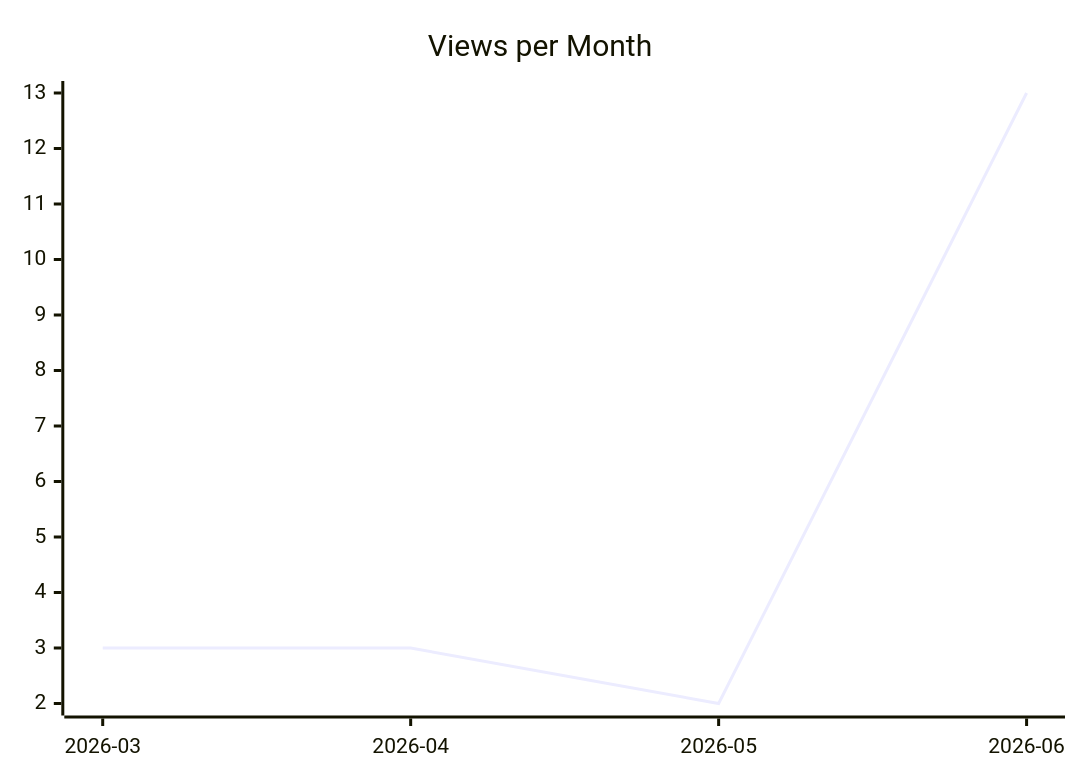
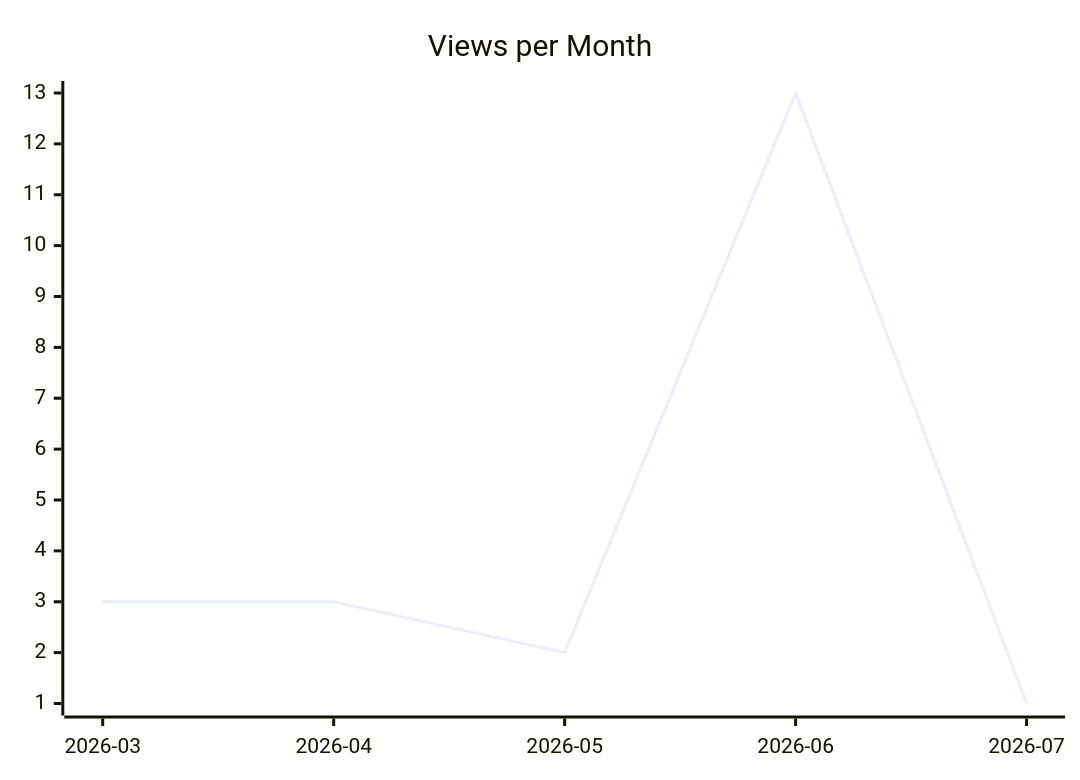
Before and after one commit to justdavis-family/github-analytics-data: the second of 3 diagrams in karlmdavis/rps-tourney/README.md, drawn with Mermaid. The commit also changed other lines of this file and 199 other files, not shown here.

````diff
--- a/karlmdavis/rps-tourney/README.md
+++ b/karlmdavis/rps-tourney/README.md
@@ -12,6 +12,6 @@
 ```mermaid
 xychart-beta
   title "Views per Month"
-  x-axis ["2026-03", "2026-04", "2026-05", "2026-06"]
-  line [3, 3, 2, 13]
+  x-axis ["2026-03", "2026-04", "2026-05", "2026-06", "2026-07"]
+  line [3, 3, 2, 13, 1]
 ```
````
